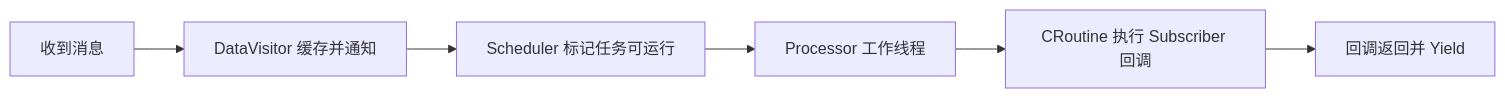
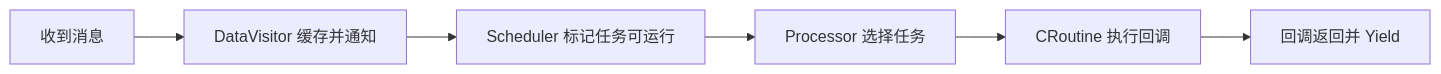
The first of 2 diagrams in doc/scheduler.md (jzh03/cpp_MINI-CyberRT), drawn with Mermaid before and after one commit. The commit also changed other lines of this file and 13 other files, not shown here.

````diff
--- a/doc/scheduler.md
+++ b/doc/scheduler.md
@@ -8,8 +9,8 @@
 ```mermaid
 flowchart LR
     D[收到消息] --> V[DataVisitor 缓存并通知]
     V --> S[Scheduler 标记任务可运行]
-    S --> P[Processor 工作线程]
-    P --> C[CRoutine 执行 Subscriber 回调]
+    S --> P[Processor 选择任务]
+    P --> C[CRoutine 执行回调]
     C --> Y[回调返回并 Yield]
 ```
````
